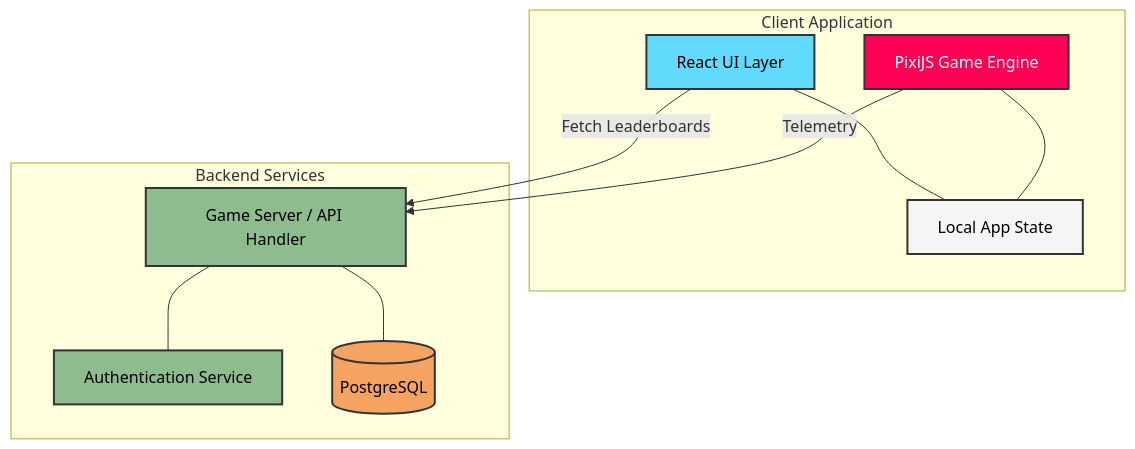
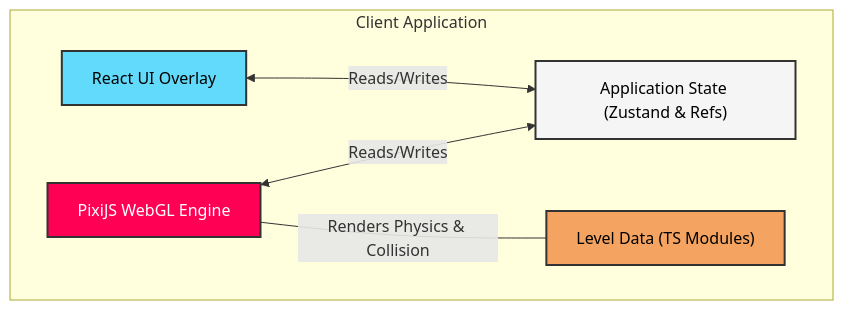
One commit to Khubaib7-del/Echo-Drift changed the diagram in README.md. Above: the diagram before and after it, drawn with Mermaid. The commit also changed other lines of this file, not shown here.

Commit message:
Update diagram to reflect accurate frontend architecture

````diff
--- a/README.md
+++ b/README.md
@@ -28,28 +28,18 @@
 ```mermaid
 graph TD
-    subgraph ClientApp ["Client Application"]
-        UI["React UI Layer"]:::react
-        Engine["PixiJS Game Engine"]:::engine
-        State["Local App State"]:::state
+    subgraph Client Application
+        UI["React UI Overlay"]:::react
+        Engine["PixiJS WebGL Engine"]:::engine
+        State["Application State (Zustand & Refs)"]:::state
+        Levels["Level Data (TS Modules)"]:::data
     end
 
-    subgraph Backend ["Backend Services"]
-        API["Game Server / API Handler"]:::backend
-        Auth["Authentication Service"]:::backend
-        DB[("PostgreSQL")]:::database
-    end
-
-    UI --- State
-    Engine --- State
-    
-    UI -->|"Fetch Leaderboards"| API
-    Engine -->|"Telemetry"| API
-    API --- DB
-    API --- Auth
+    UI <-->|"Reads/Writes"| State
+    Engine <-->|"Reads/Writes"| State
+    Engine ---|"Renders Physics & Collision"| Levels
 
     classDef react fill:#61dafb,stroke:#333,stroke-width:2px,color:#000
     classDef engine fill:#ff0055,stroke:#333,stroke-width:2px,color:#fff
     classDef state fill:#f5f5f5,stroke:#333,stroke-width:2px,color:#000
-    classDef backend fill:#8fbc8f,stroke:#333,stroke-width:2px,color:#000
-    classDef database fill:#f4a460,stroke:#333,stroke-width:2px,color:#000
+    classDef data fill:#f4a460,stroke:#333,stroke-width:2px,color:#000
 ```
````
